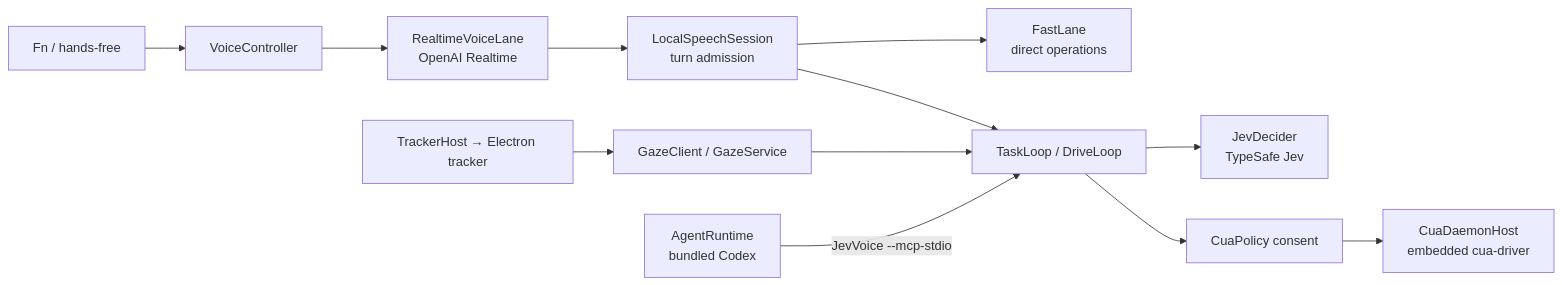
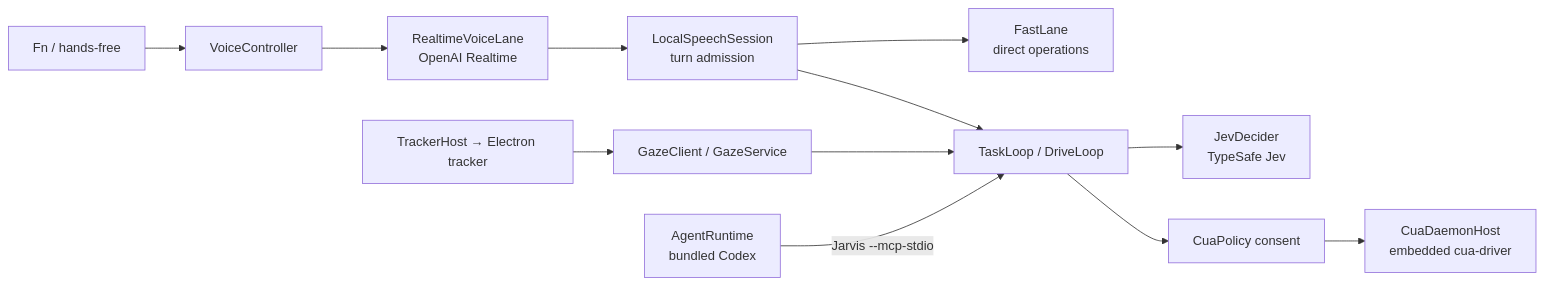
Before and after one commit to HunchoBarney/MacOS_Gaze_Voice_CUA_v1: the diagram in ARCHITECTURE.md, drawn with Mermaid. The commit also changed other lines of this file and 1317 other files, not shown here.

````diff
--- a/ARCHITECTURE.md
+++ b/ARCHITECTURE.md
@@ -7,14 +7,14 @@
 ```mermaid
 flowchart LR
   Fn[Fn / hands-free] --> VC[VoiceController]
   VC --> RL[RealtimeVoiceLane<br/>OpenAI Realtime]
   RL --> LS[LocalSpeechSession<br/>turn admission]
   LS --> FL[FastLane<br/>direct operations]
   LS --> TL[TaskLoop / DriveLoop]
   TL --> JD[JevDecider<br/>TypeSafe Jev]
   TL --> CP[CuaPolicy consent]
   CP --> CD[CuaDaemonHost<br/>embedded cua-driver]
   Gaze[TrackerHost → Electron tracker] --> GC[GazeClient / GazeService]
   GC --> TL
-  Agents[AgentRuntime<br/>bundled Codex] -->|JevVoice --mcp-stdio| TL
+  Agents[AgentRuntime<br/>bundled Codex] -->|Jarvis --mcp-stdio| TL
 ```
````
